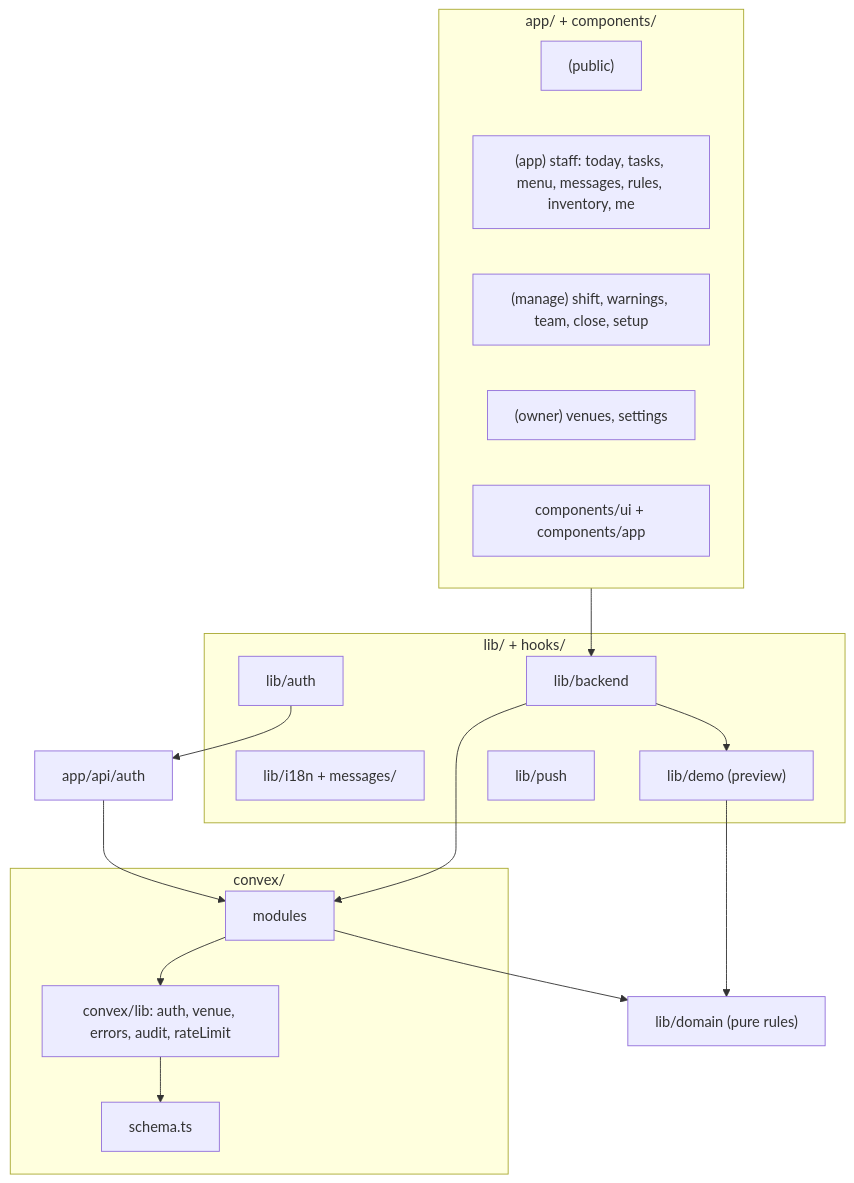
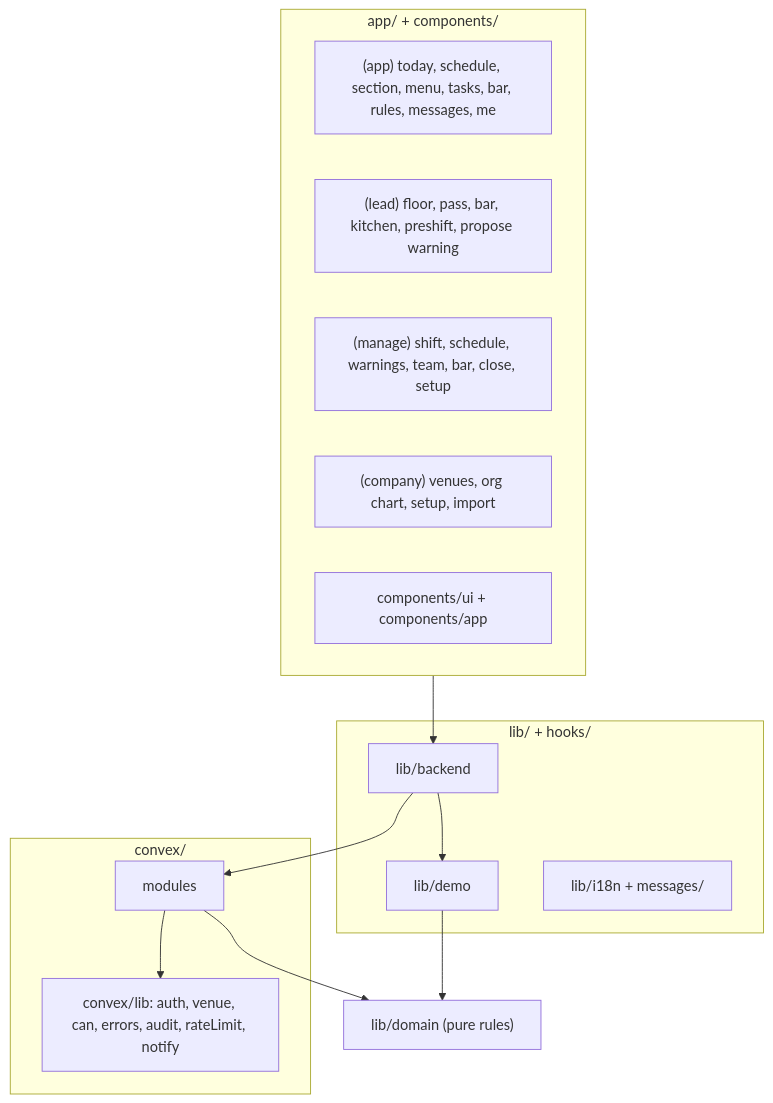
Diagram 12 of 12 in docs/BLUEPRINT.md (fclaiba/TheFirstHospitalityGroup), drawn with Mermaid before and after one commit. The commit also changed other lines of this file and 61 other files, not shown here.

````diff
--- a/docs/BLUEPRINT.md
+++ b/docs/BLUEPRINT.md
@@ -696,28 +859,24 @@
 ```mermaid
 flowchart TB
   subgraph UI["app/ + components/"]
-    Pub["(public)"]
-    App["(app) staff: today, tasks, menu, messages, rules, inventory, me"]
-    Man["(manage) shift, warnings, team, close, setup"]
-    Own["(owner) venues, settings"]
+    App["(app) today, schedule, section, menu, tasks, bar, rules, messages, me"]
+    Lead["(lead) floor, pass, bar, kitchen, preshift, propose warning"]
+    Man["(manage) shift, schedule, warnings, team, bar, close, setup"]
+    Own["(company) venues, org chart, setup, import"]
     Kit["components/ui + components/app"]
   end
   subgraph Client["lib/ + hooks/"]
     Backend["lib/backend"]
-    Auth["lib/auth"]
+    Demo["lib/demo"]
     I18n["lib/i18n + messages/"]
-    Demo["lib/demo (preview)"]
-    Push["lib/push"]
   end
   Domain["lib/domain (pure rules)"]
   subgraph Server["convex/"]
     Fns["modules"]
-    CLib["convex/lib: auth, venue, errors, audit, rateLimit"]
-    Schema["schema.ts"]
+    CLib["convex/lib: auth, venue, can, errors, audit, rateLimit, notify"]
   end
   UI --> Backend --> Fns
   Backend --> Demo --> Domain
   Fns --> Domain
-  Fns --> CLib --> Schema
-  Auth --> Api["app/api/auth"] --> Fns
+  Fns --> CLib
 ```
````
